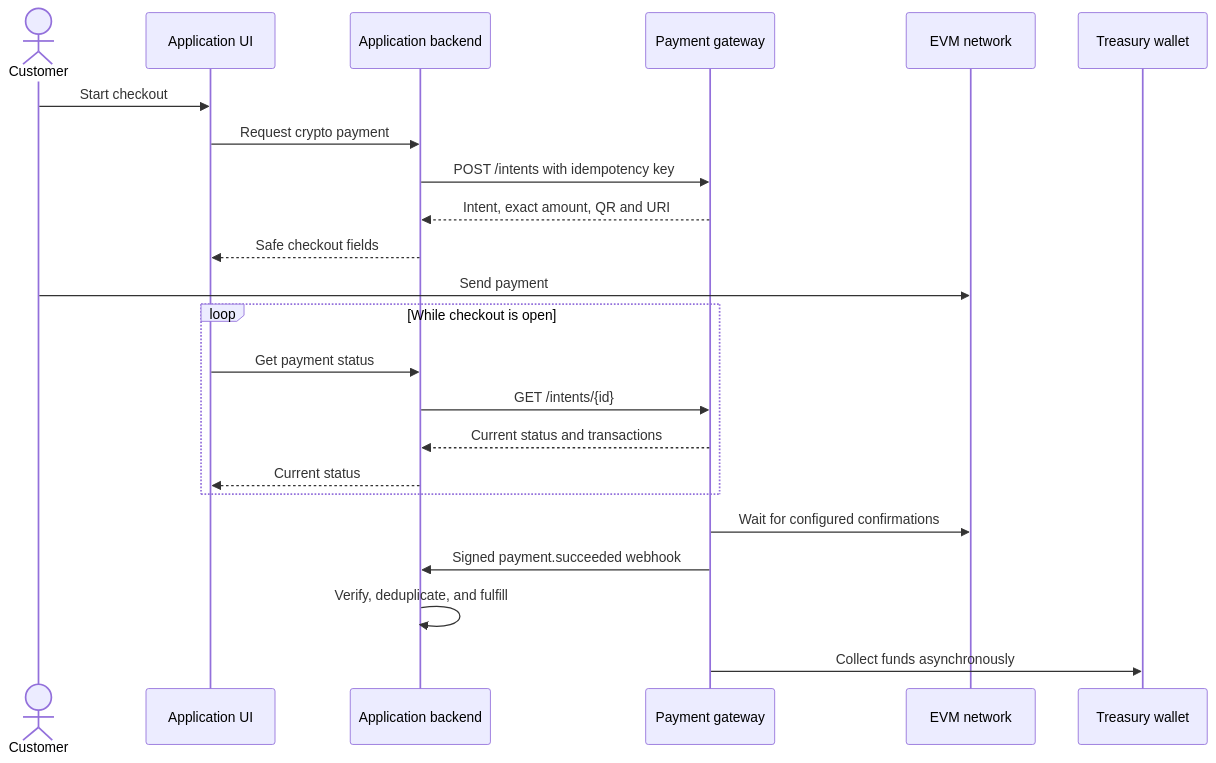
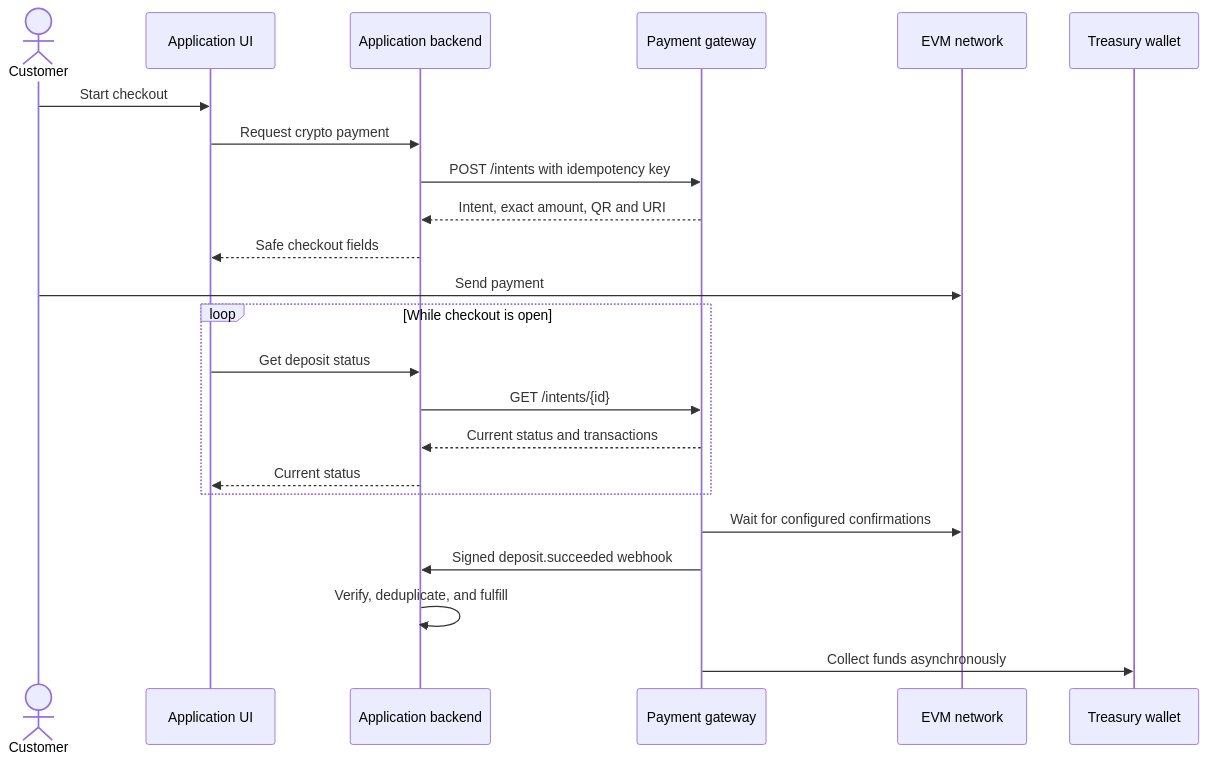
One commit to ifokeev/evm-payment-gateway changed the second of 4 diagrams in INTEGRATION.md. Above: the diagram before and after it, drawn with Mermaid. The commit also changed other lines of this file and 14 other files, not shown here.

````diff
--- a/INTEGRATION.md
+++ b/INTEGRATION.md
@@ -175,26 +175,26 @@
 ```mermaid
 sequenceDiagram
     actor Customer
     participant UI as Application UI
     participant App as Application backend
     participant Gateway as Payment gateway
     participant Chain as EVM network
     participant Treasury as Treasury wallet
 
     Customer->>UI: Start checkout
     UI->>App: Request crypto payment
     App->>Gateway: POST /intents with idempotency key
     Gateway-->>App: Intent, exact amount, QR and URI
     App-->>UI: Safe checkout fields
     Customer->>Chain: Send payment
     loop While checkout is open
-        UI->>App: Get payment status
+        UI->>App: Get deposit status
         App->>Gateway: GET /intents/{id}
         Gateway-->>App: Current status and transactions
         App-->>UI: Current status
     end
     Gateway->>Chain: Wait for configured confirmations
-    Gateway->>App: Signed payment.succeeded webhook
+    Gateway->>App: Signed deposit.succeeded webhook
     App->>App: Verify, deduplicate, and fulfill
     Gateway->>Treasury: Collect funds asynchronously
 ```
````
